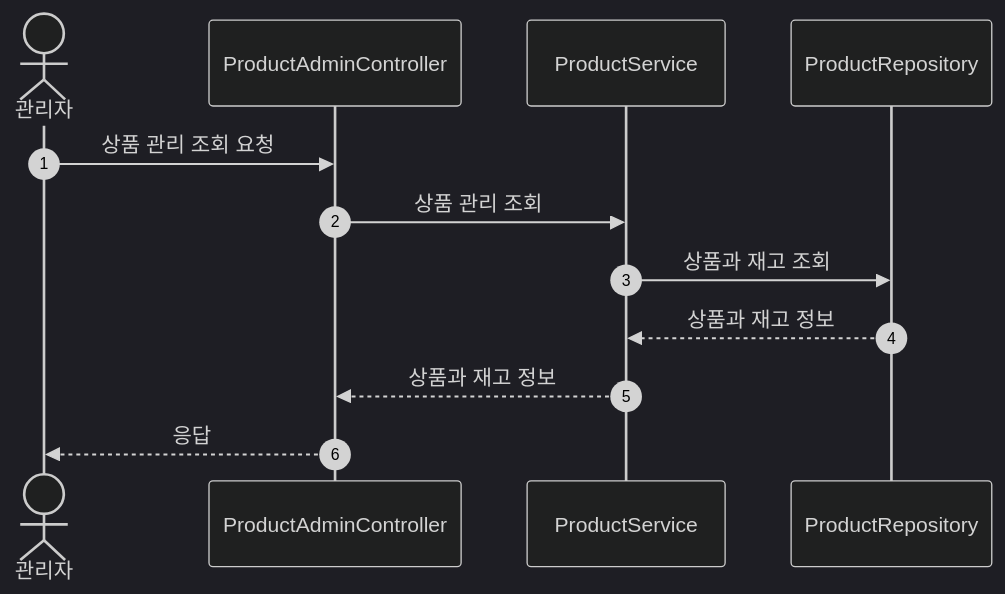
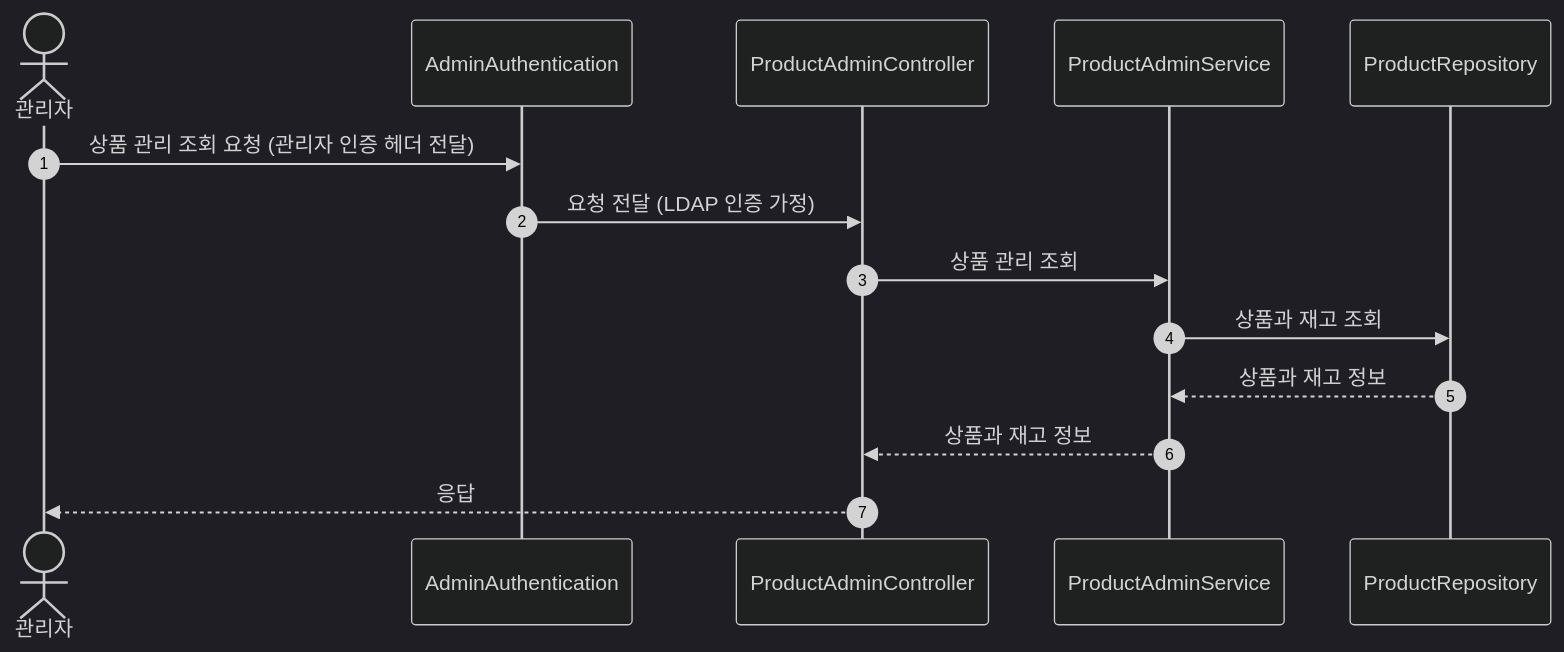
One commit to loopers-labs/loop-pack-be-l2-vol4-java changed the eighth of 17 diagrams in docs/week2/02-sequence-diagrams.md. Above: the diagram before and after it, drawn with Mermaid (dark theme). The commit also changed other lines of this file and 3 other files, not shown here.

````diff
--- a/docs/week2/02-sequence-diagrams.md
+++ b/docs/week2/02-sequence-diagrams.md
@@ -189,15 +195,17 @@
 ```mermaid
 sequenceDiagram
     autonumber
     actor Admin as 관리자
+    participant Auth as AdminAuthentication
     participant Controller as ProductAdminController
-    participant Service as ProductService
+    participant Service as ProductAdminService
     participant ProductRepository as ProductRepository
 
-    Admin->>Controller: 상품 관리 조회 요청
+    Admin->>Auth: 상품 관리 조회 요청 (관리자 인증 헤더 전달)
+    Auth->>Controller: 요청 전달 (LDAP 인증 가정)
     Controller->>Service: 상품 관리 조회
     Service->>ProductRepository: 상품과 재고 조회
     ProductRepository-->>Service: 상품과 재고 정보
     Service-->>Controller: 상품과 재고 정보
     Controller-->>Admin: 응답
 ```
````
